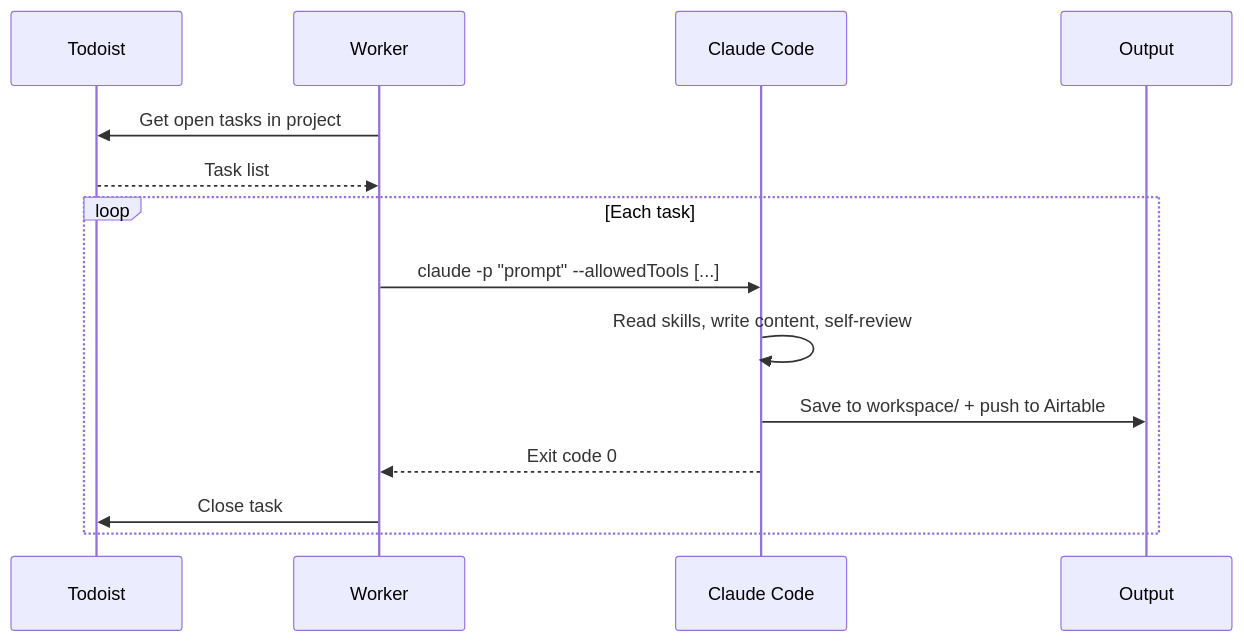
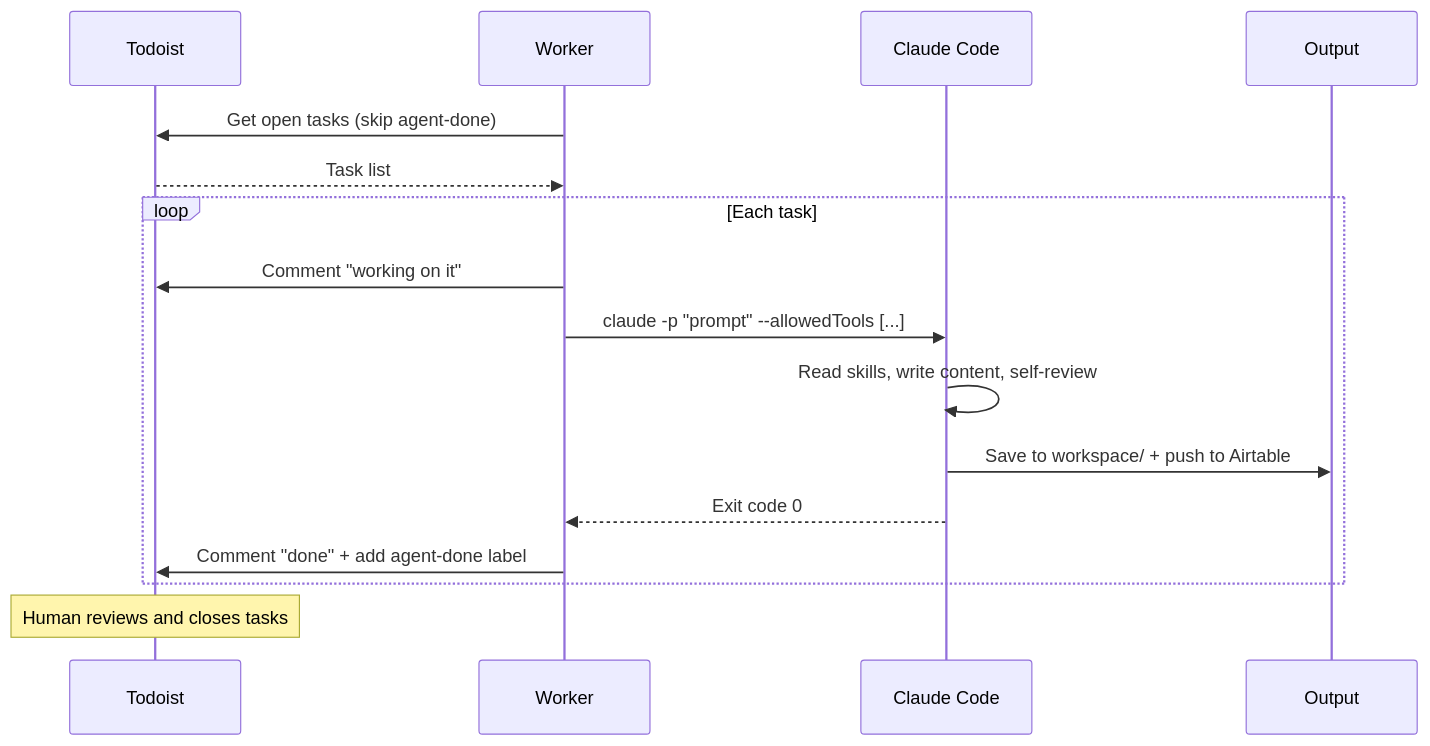
One commit to owainlewis/agent-workers changed the third of 3 diagrams in docs/tutorial.md. Above: the diagram before and after it, drawn with Mermaid. The commit also changed other lines of this file and 3 other files, not shown here.

````diff
--- a/docs/tutorial.md
+++ b/docs/tutorial.md
@@ -76,18 +77,21 @@
 ```mermaid
 sequenceDiagram
     participant T as Todoist
     participant W as Worker
     participant C as Claude Code
     participant O as Output
 
-    W->>T: Get open tasks in project
+    W->>T: Get open tasks (skip agent-done)
     T-->>W: Task list
 
     loop Each task
+        W->>T: Comment "working on it"
         W->>C: claude -p "prompt" --allowedTools [...]
         C->>C: Read skills, write content, self-review
         C->>O: Save to workspace/ + push to Airtable
         C-->>W: Exit code 0
-        W->>T: Close task
+        W->>T: Comment "done" + add agent-done label
     end
+
+    Note over T: Human reviews and closes tasks
 ```
````
